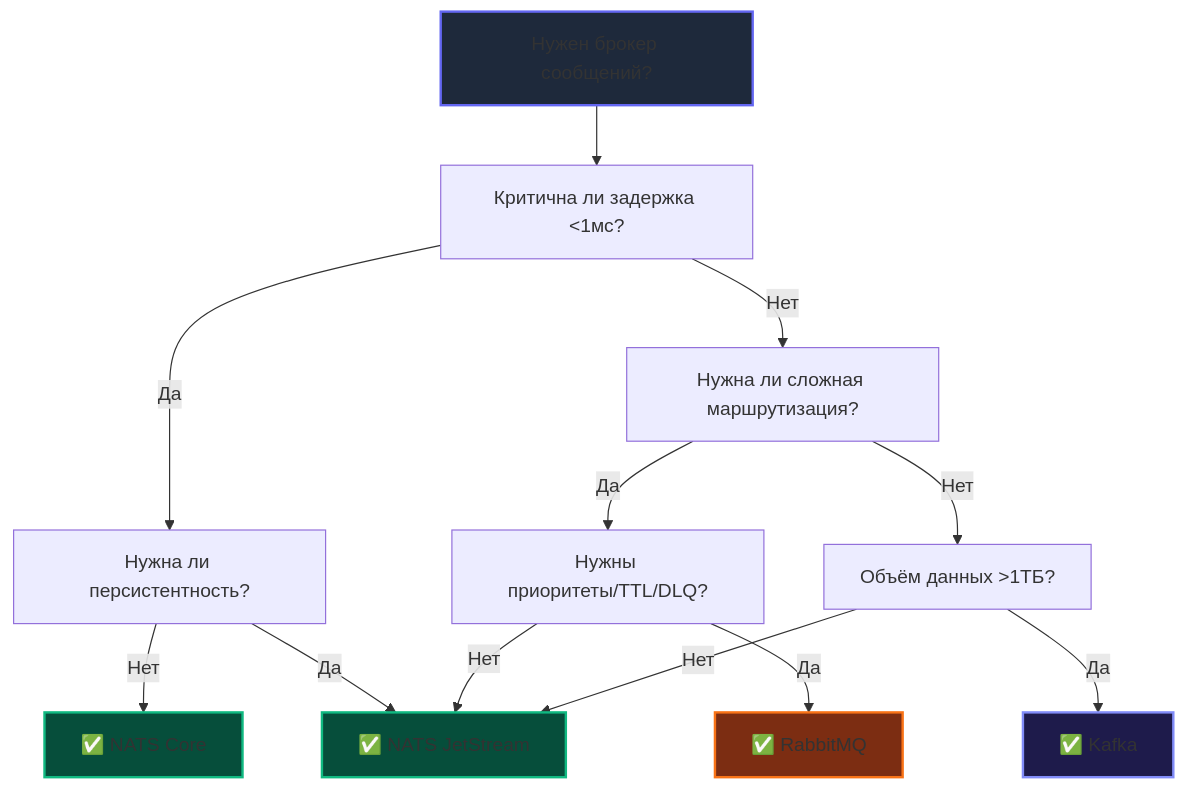
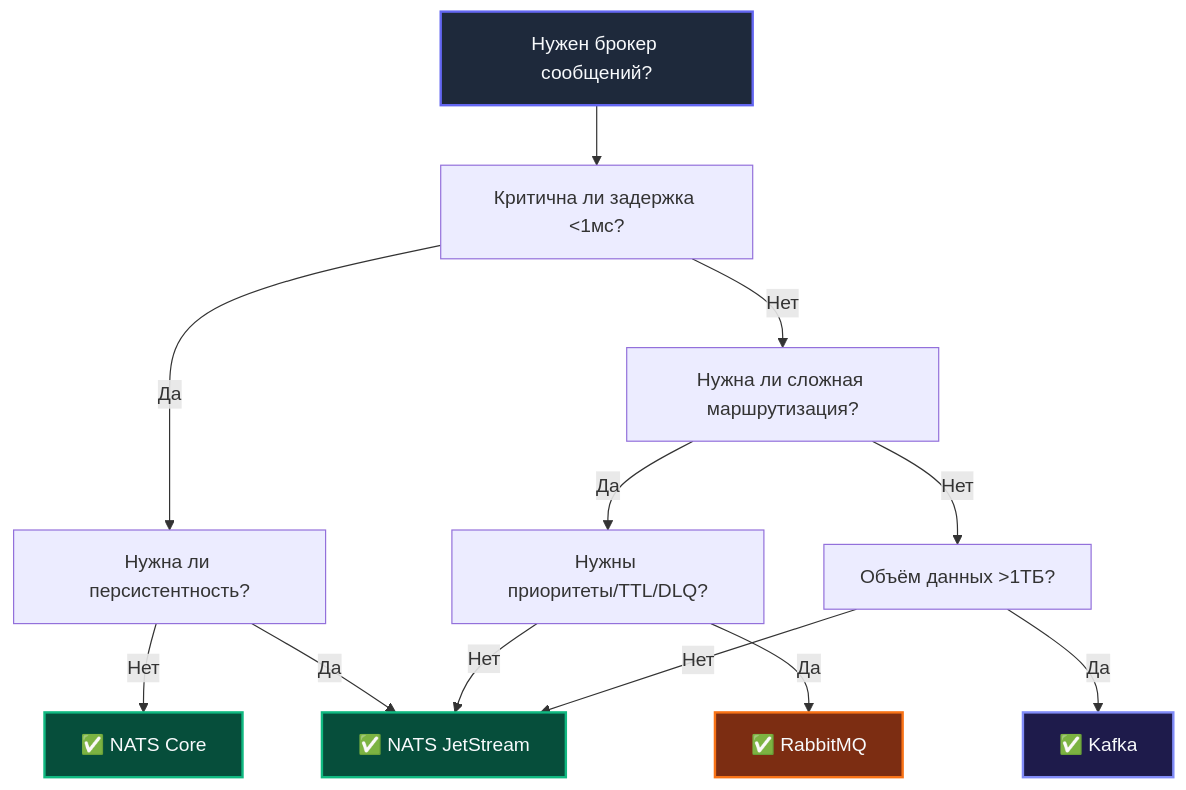
The second of 2 diagrams in sources/13. Очереди, брокеры сообщений и оркестраторы/04. NATS/7. Когда выбирать NATS.md (UnrealTemplier/go-textbook), drawn with Mermaid before and after one commit. The commit also changed other lines of this file and 310 other files, not shown here.

First line of the commit message:
fix(mermaid): replace light fill colors with dark palette for readability on dark theme

````diff
--- a/sources/13. Очереди, брокеры сообщений и оркестраторы/04. NATS/7. Когда выбирать NATS.md
+++ b/sources/13. Очереди, брокеры сообщений и оркестраторы/04. NATS/7. Когда выбирать NATS.md
@@ -261,25 +261,25 @@
 ```mermaid
 flowchart TD
     Start["Нужен брокер сообщений?"] --> Q1["Критична ли задержка <1мс?"]
     
     Q1 -->|Да| Q2["Нужна ли персистентность?"]
     Q1 -->|Нет| Q3["Нужна ли сложная маршрутизация?"]
     
     Q2 -->|Нет| NATS_Core["✅ NATS Core"]
     Q2 -->|Да| NATS_JS["✅ NATS JetStream"]
     
     Q3 -->|Да| Q4["Нужны приоритеты/TTL/DLQ?"]
     Q3 -->|Нет| Q5["Объём данных >1ТБ?"]
     
     Q4 -->|Да| RabbitMQ["✅ RabbitMQ"]
     Q4 -->|Нет| NATS_JS
     
     Q5 -->|Да| Kafka["✅ Kafka"]
     Q5 -->|Нет| NATS_JS
     
-    style Start fill:#1e293b,stroke:#6366f1,stroke-width:2px
-    style NATS_Core fill:#064e3b,stroke:#10b981,stroke-width:2px
-    style NATS_JS fill:#064e3b,stroke:#10b981,stroke-width:2px
-    style RabbitMQ fill:#7c2d12,stroke:#f97316,stroke-width:2px
-    style Kafka fill:#1e1b4b,stroke:#818cf8,stroke-width:2px
+    style Start fill:#1e293b,stroke:#6366f1,stroke-width:2px,color:#f8fafc
+    style NATS_Core fill:#064e3b,stroke:#10b981,stroke-width:2px,color:#f8fafc
+    style NATS_JS fill:#064e3b,stroke:#10b981,stroke-width:2px,color:#f8fafc
+    style RabbitMQ fill:#7c2d12,stroke:#f97316,stroke-width:2px,color:#f8fafc
+    style Kafka fill:#1e1b4b,stroke:#818cf8,stroke-width:2px,color:#f8fafc
 ```
````
